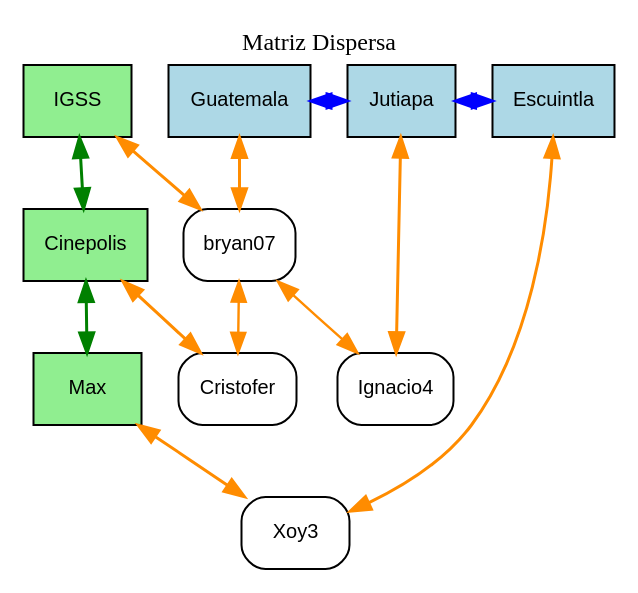
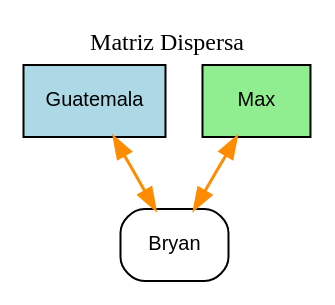
Before and after one commit to bryan-ignacio/projecto_activos: the diagram in cmake-build-debug/matriz.dot, drawn with Graphviz. The commit also changed 15 other files, not shown here.

```diff
--- a/cmake-build-debug/matriz.dot
+++ b/cmake-build-debug/matriz.dot
@@ -1,26 +1,11 @@
 digraph MatrizDispersa {
 rankdir=TB;
 graph[fontsize=12, labelloc=t, label="Matriz Dispersa", fontcolor=black];
 node[shape=box, style=filled, fontname="Helvetica", fontsize=10];
 edge[penwidth=1.2, color=gray];
-{ rank=same; H_Guatemala[label="Guatemala", fillcolor=lightblue, fontcolor=black]; H_Jutiapa[label="Jutiapa", fillcolor=lightblue, fontcolor=black]; H_Escuintla[label="Escuintla", fillcolor=lightblue, fontcolor=black]; }
-V_IGSS[label="IGSS", fillcolor=lightgreen, fontcolor=black];
-V_Cinepolis[label="Cinepolis", fillcolor=lightgreen, fontcolor=black];
+{ rank=same; H_Guatemala[label="Guatemala", fillcolor=lightblue, fontcolor=black]; }
 V_Max[label="Max", fillcolor=lightgreen, fontcolor=black];
-N_bryan07[label="bryan07", fillcolor=white, fontcolor=black, style="rounded,filled"];
-N_Cristofer[label="Cristofer", fillcolor=white, fontcolor=black, style="rounded,filled"];
-N_Ignacio4[label="Ignacio4", fillcolor=white, fontcolor=black, style="rounded,filled"];
-N_Xoy3[label="Xoy3", fillcolor=white, fontcolor=black, style="rounded,filled"];
-H_Guatemala -> H_Jutiapa [dir=both, color=blue, penwidth=1.5];
-H_Guatemala -> N_bryan07 [dir=both, color=darkorange, penwidth=1.5];
-N_bryan07 -> N_Cristofer [dir=both, color=darkorange, penwidth=1.2];
-H_Jutiapa -> H_Escuintla [dir=both, color=blue, penwidth=1.5];
-H_Jutiapa -> N_Ignacio4 [dir=both, color=darkorange, penwidth=1.5];
-H_Escuintla -> N_Xoy3 [dir=both, color=darkorange, penwidth=1.5];
-V_IGSS -> V_Cinepolis [dir=both, color=green, penwidth=1.5];
-V_IGSS -> N_bryan07 [dir=both, color=darkorange, penwidth=1.5];
-N_bryan07 -> N_Ignacio4 [dir=both, color=darkorange, penwidth=1.2];
-V_Cinepolis -> V_Max [dir=both, color=green, penwidth=1.5];
-V_Cinepolis -> N_Cristofer [dir=both, color=darkorange, penwidth=1.5];
-V_Max -> N_Xoy3 [dir=both, color=darkorange, penwidth=1.5];
+N_Bryan[label="Bryan", fillcolor=white, fontcolor=black, style="rounded,filled"];
+H_Guatemala -> N_Bryan [dir=both, color=darkorange, penwidth=1.5];
+V_Max -> N_Bryan [dir=both, color=darkorange, penwidth=1.5];
 }
```
